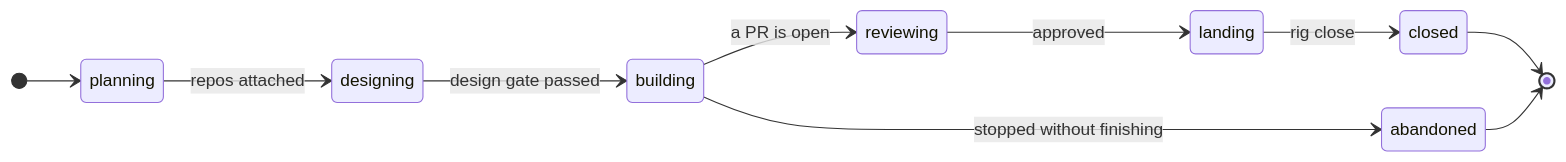
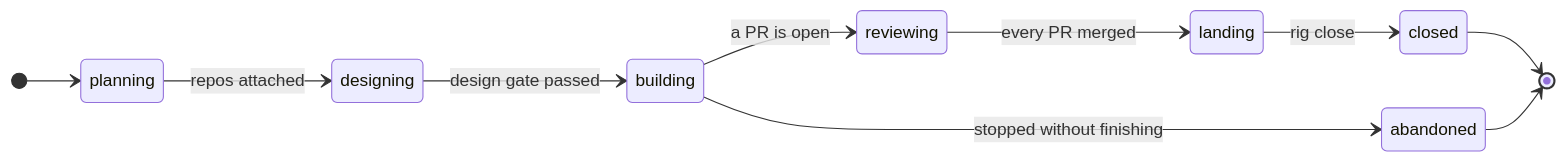
One commit to hugoforte/rig changed the second of 3 diagrams in README.md. Above: the diagram before and after it, drawn with Mermaid. The commit also changed 5 other files, not shown here.

````diff
--- a/README.md
+++ b/README.md
@@ -51,13 +51,13 @@
 ```mermaid
 stateDiagram-v2
   direction LR
   [*] --> planning
   planning --> designing: repos attached
   designing --> building: design gate passed
   building --> reviewing: a PR is open
-  reviewing --> landing: approved
+  reviewing --> landing: every PR merged
   landing --> closed: rig close
   building --> abandoned: stopped without finishing
   closed --> [*]
   abandoned --> [*]
 ```
````
